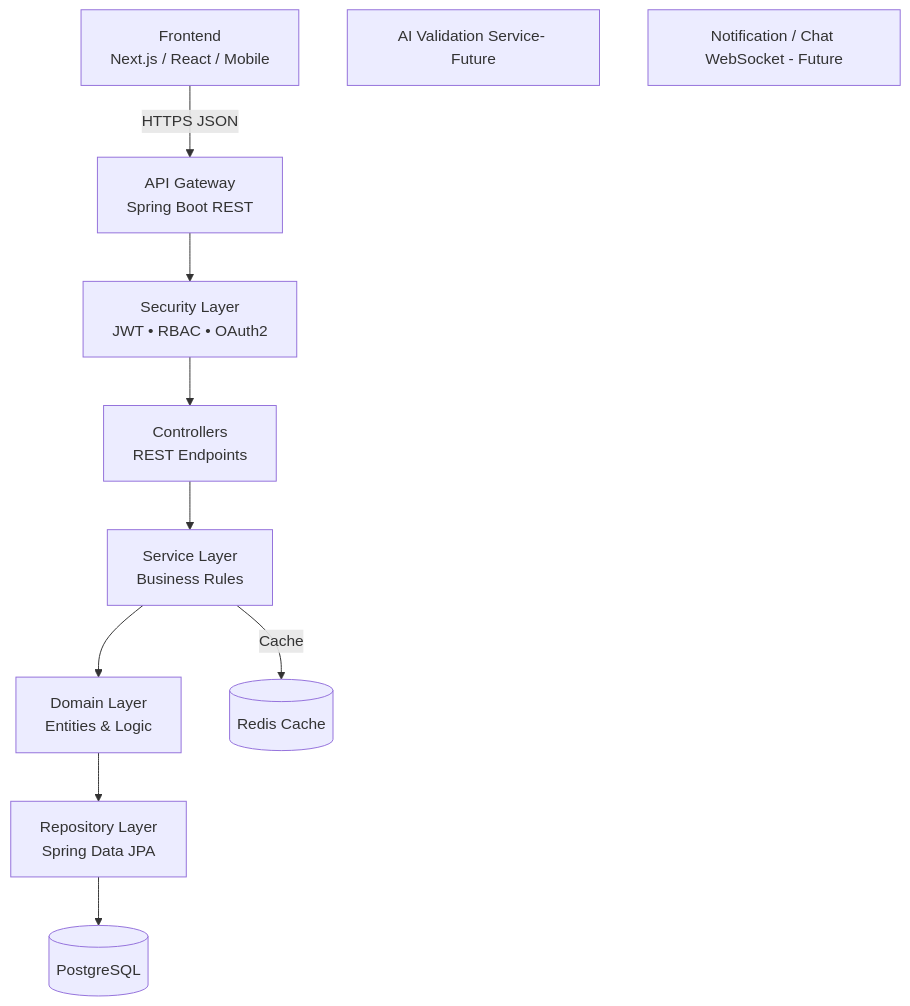
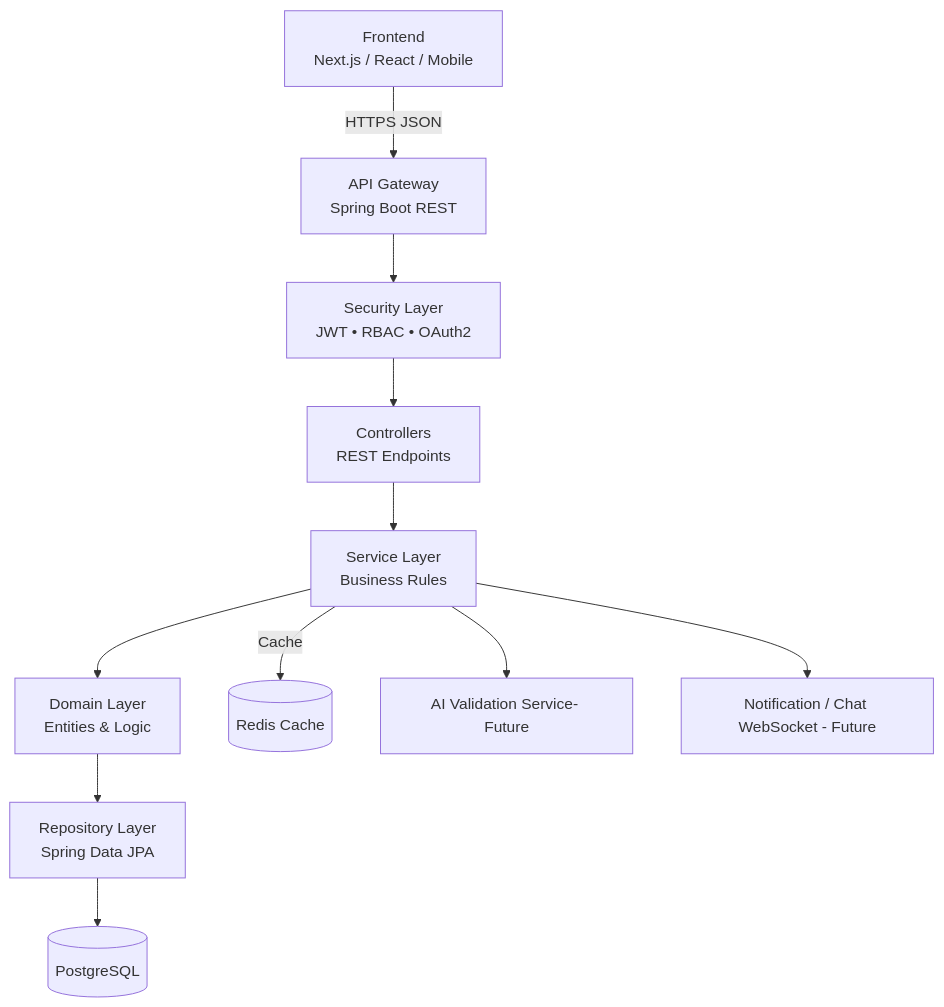
The diagram in README.EN.md (isabelxis/ideabridge-backend), drawn with Mermaid before and after one commit.

````diff
--- a/README.EN.md
+++ b/README.EN.md
@@ -101,52 +101,54 @@
 ```mermaid
 flowchart TB    
 %% =========================
 %% Frontend
 %% =========================
 FE[Frontend<br/>Next.js / React / Mobile]
 %% =========================
 %% API Layer
 %% =========================            
 API[API Gateway<br/>Spring Boot REST]
 %% =========================
 %% Security
 %% =========================
 SEC[Security Layer<br/>JWT • RBAC • OAuth2]
 %% =========================
 %% Controllers
 %% =========================
 CTRL[Controllers<br/>REST Endpoints]
 %% =========================
 %% Services
 %% =========================
 SRV[Service Layer<br/>Business Rules]
 %% =========================
 %% Domain
 %% =========================
 DOM[Domain Layer<br/>Entities & Logic]
 %% =========================
 %% Repository
 %% =========================
 REP[Repository Layer<br/>Spring Data JPA]
 %% =========================
 %% Databases
 %% =========================
 DB[(PostgreSQL)]
 CACHE[(Redis Cache)]
 %% =========================
 %% External / Future
 %% =========================
 AI[AI Validation Service- Future]
 MSG[Notification / Chat WebSocket - Future]
 %% =========================
 %% Flow
 %% =========================
 FE -->|HTTPS JSON| API
 API --> SEC
 SEC --> CTRL
 CTRL --> SRV
 SRV --> DOM
 DOM --> REP
 REP --> DB
 SRV -->|Cache| CACHE
+SRV -->AI
+SRV -->MSG
 ```
````
